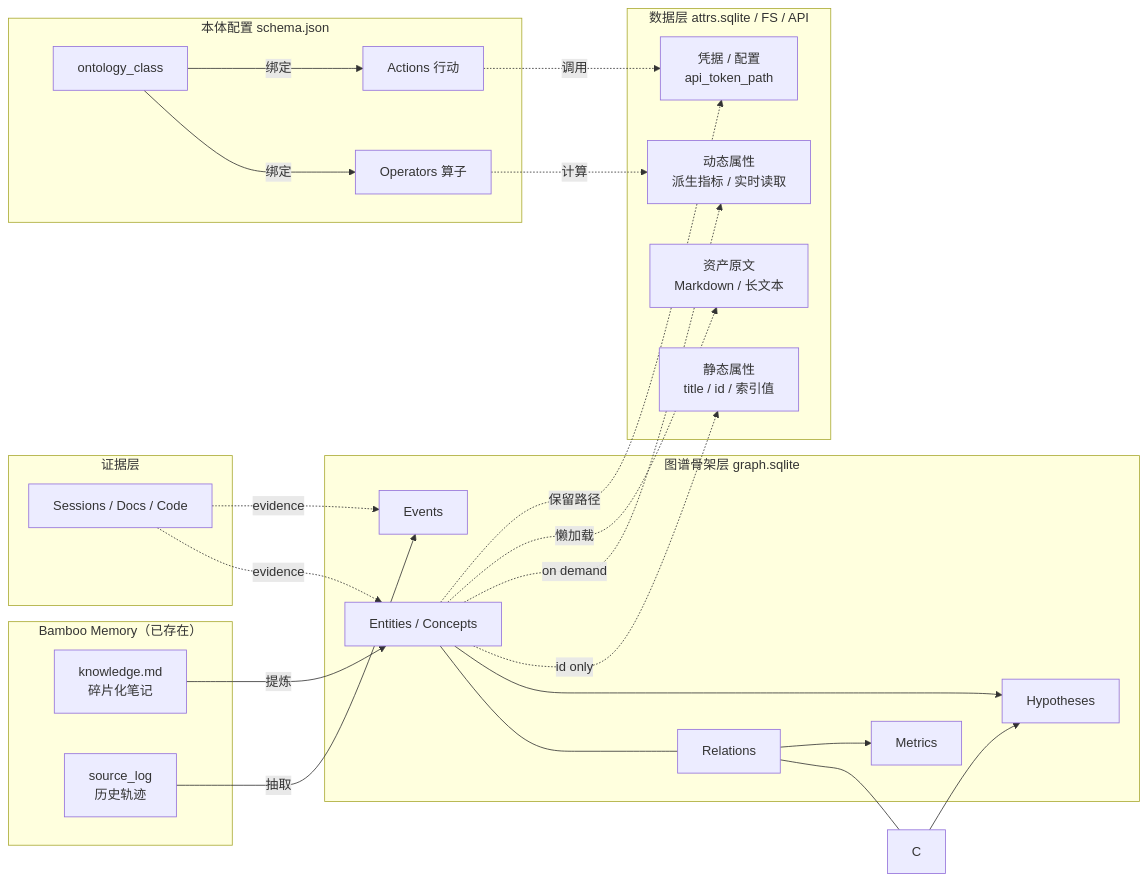
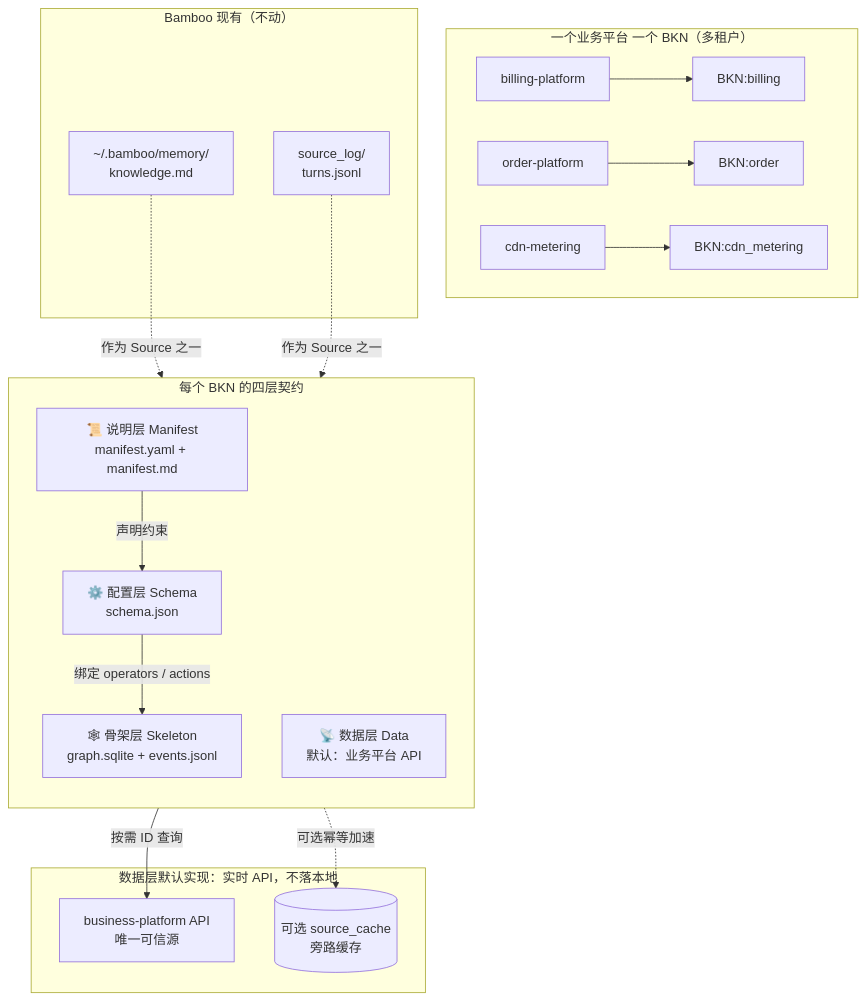
Before and after one commit to LB-Young/Bamboo: the first of 12 diagrams in docs/bkn-graph-design.md, drawn with Mermaid. The commit also changed other lines of this file and 24 other files, not shown here.

````diff
--- a/docs/bkn-graph-design.md
+++ b/docs/bkn-graph-design.md
@@ -38,51 +69,37 @@
 ```mermaid
-flowchart LR
-    subgraph MemoryLayer["Bamboo Memory（已存在）"]
-        K1[knowledge.md<br/>碎片化笔记]
-        K2[source_log<br/>历史轨迹]
+flowchart TB
+    subgraph Platforms["一个业务平台 一个 BKN（多租户）"]
+        direction LR
+        P1[billing-platform]
+        P2[order-platform]
+        P3[cdn-metering]
+        P1 --> BKN1[BKN:billing]
+        P2 --> BKN2[BKN:order]
+        P3 --> BKN3[BKN:cdn_metering]
     end
 
-    subgraph SkeletonLayer["图谱骨架层 graph.sqlite"]
-        E[Entities / Concepts]
-        R[Relations]
-        EV[Events]
-        M[Metrics]
-        H[Hypotheses]
+    subgraph FourLayer["每个 BKN 的四层契约"]
+        direction TB
+        M[📜 说明层 Manifest<br/>manifest.yaml + manifest.md]
+        SK[🕸 骨架层 Skeleton<br/>graph.sqlite + events.jsonl]
+        SC[⚙️ 配置层 Schema<br/>schema.json]
+        DA[📡 数据层 Data<br/>默认：业务平台 API]
     end
 
-    subgraph DataLayer["数据层 attrs.sqlite / FS / API"]
-        D1[静态属性<br/>title / id / 索引值]
-        D2[动态属性<br/>派生指标 / 实时读取]
-        D3[资产原文<br/>Markdown / 长文本]
-        D4[凭据 / 配置<br/>api_token_path]
+    subgraph DataSources["数据层默认实现：实时 API，不落本地"]
+        API[business-platform API<br/>唯一可信源]
+        Cache[(可选 source_cache<br/>旁路缓存)]
     end
 
-    subgraph SchemaLayer["本体配置 schema.json"]
-        OC[ontology_class]
-        OP[Operators 算子]
-        AC[Actions 行动]
+    M -->|声明约束| SC
+    SC -->|绑定 operators / actions| SK
+    SK -->|按需 ID 查询| API
+    SK -.可选幂等加速.-> Cache
+
+    subgraph BambooCtx["Bamboo 现有（不动）"]
+        Mem[~/.bamboo/memory/<br/>knowledge.md]
+        Log[source_log/<br/>turns.jsonl]
     end
-
-    subgraph SourcesLayer["证据层"]
-        S[Sessions / Docs / Code]
-    end
-
-    K1 -->|提炼| E
-    K2 -->|抽取| EV
-    E --- R --- C
-    R --> M
-    E --> H
-    C --> H
-
-    E -.id only.-> D1
-    E -.on demand.-> D2
-    E -.懒加载.-> D3
-    E -.保留路径.-> D4
-
-    S -.evidence.-> E
-    S -.evidence.-> EV
-    OC -->|绑定| OP
-    OC -->|绑定| AC
-    OP -.计算.-> D2
-    AC -.调用.-> D4
+    Mem -.作为 Source 之一.-> SK
+    Log -.作为 Source 之一.-> SK
 ```
````
